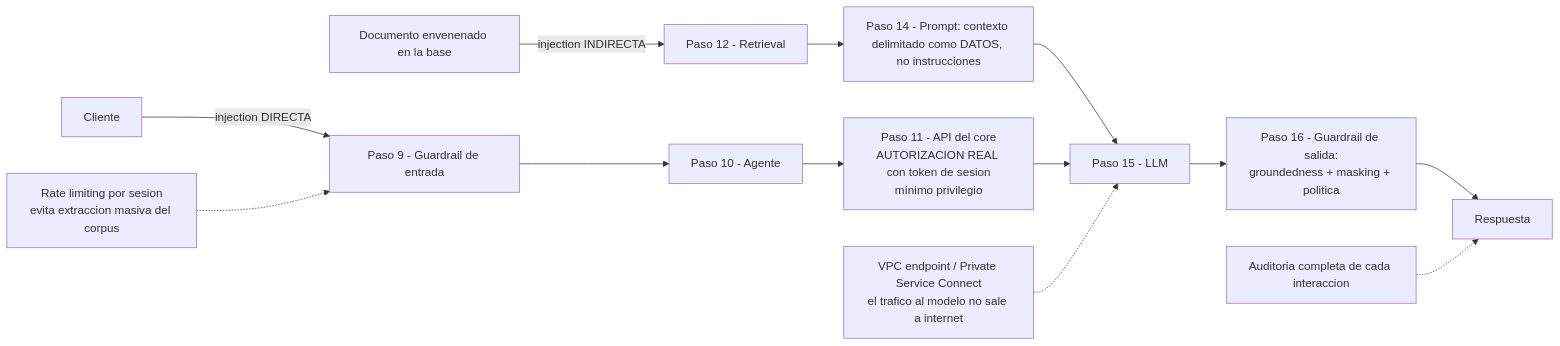
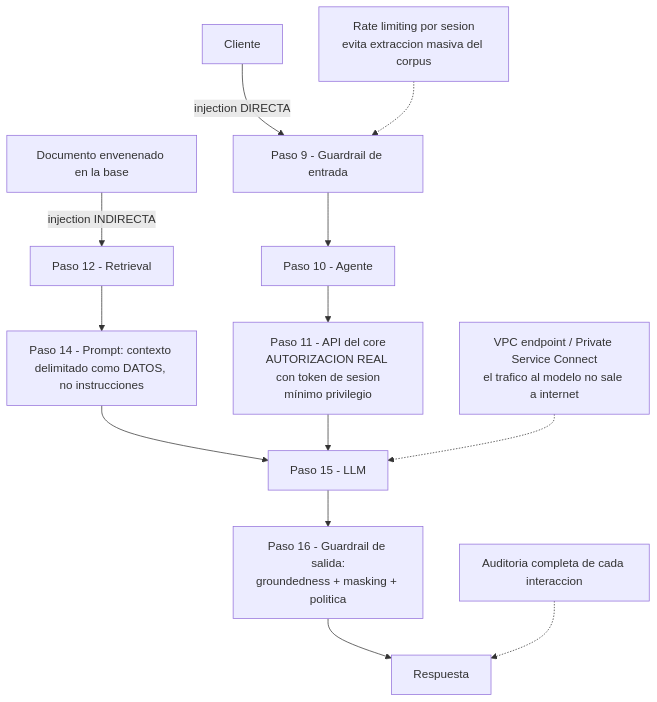
Before and after one commit to Kenjhy/test_vass_colab: the fifth of 10 diagrams in Document/Guia_Entrevista_BBVA_Completa.md, drawn with Mermaid. The commit also changed 6 other files, not shown here.

Commit message:
Add explanation assets, notebook, and gemini prompt; fix diagram orientations

````diff
--- a/Document/Guia_Entrevista_BBVA_Completa.md
+++ b/Document/Guia_Entrevista_BBVA_Completa.md
@@ -121,15 +121,15 @@
 ```mermaid
-flowchart LR
+flowchart TD
   U["Cliente"] -->|"injection DIRECTA"| G9["Paso 9 - Guardrail de entrada"]
   DOC["Documento envenenado en la base"] -->|"injection INDIRECTA"| R12["Paso 12 - Retrieval"]
   G9 --> AG["Paso 10 - Agente"]
   R12 --> PR["Paso 14 - Prompt: contexto delimitado como DATOS, no instrucciones"]
   AG --> API["Paso 11 - API del core<br/>AUTORIZACION REAL con token de sesion<br/>mínimo privilegio"]
   PR --> LLM["Paso 15 - LLM"]
   API --> LLM
   LLM --> G16["Paso 16 - Guardrail de salida:<br/>groundedness + masking + politica"]
   G16 --> OUT["Respuesta"]
   RATE["Rate limiting por sesion<br/>evita extraccion masiva del corpus"] -.-> G9
   VPC["VPC endpoint / Private Service Connect<br/>el trafico al modelo no sale a internet"] -.-> LLM
   AUD["Auditoria completa de cada interaccion"] -.-> OUT
 ```
````
